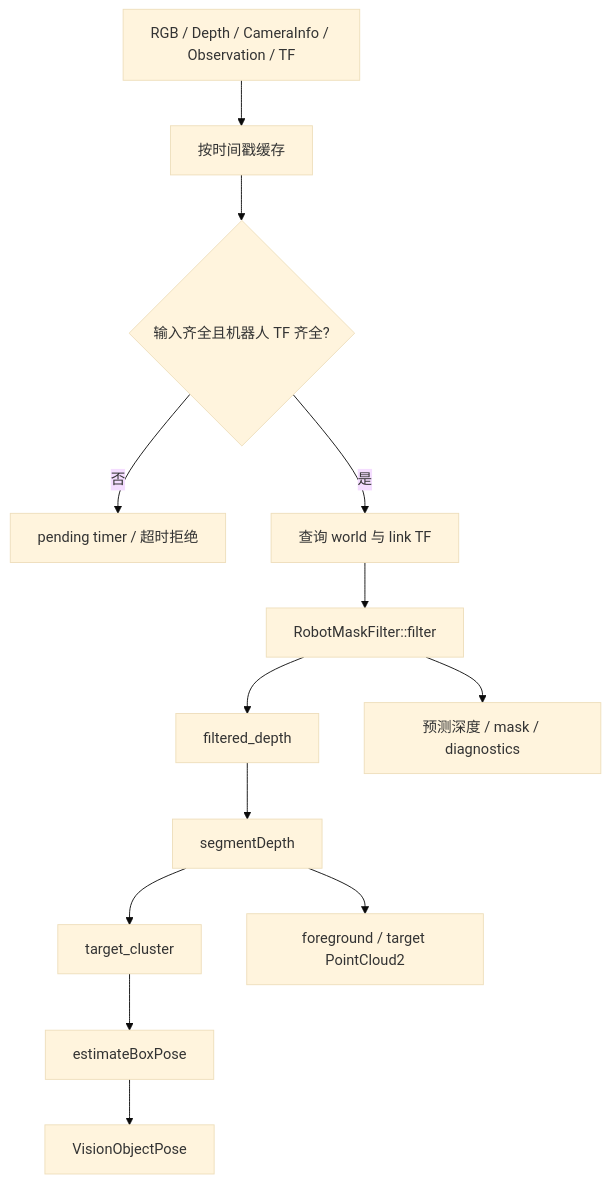
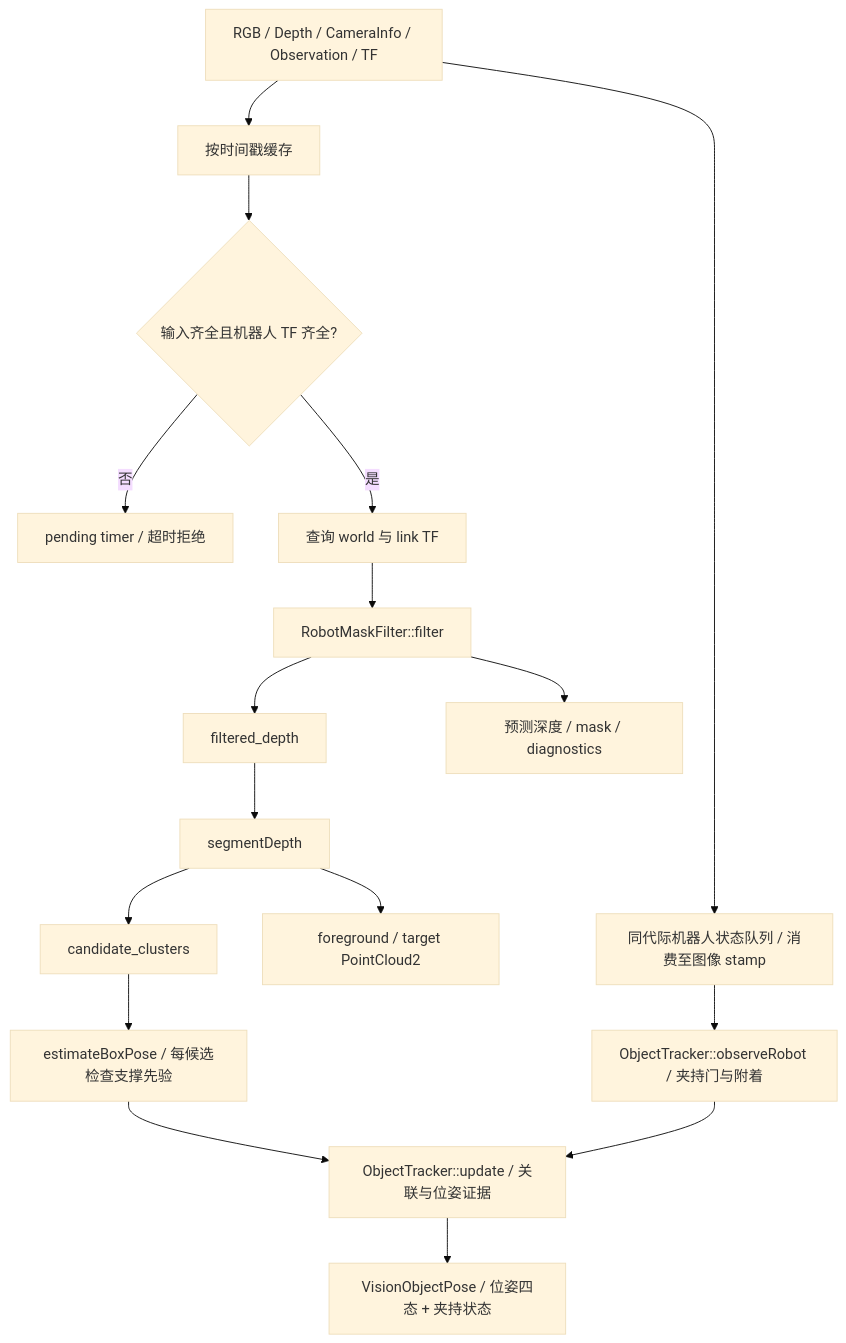
The second of 3 diagrams in Job_guides/my_study/week4.md (tsh00k/robotic_manipulation_practice), drawn with Mermaid (base theme) before and after one commit. The commit also changed other lines of this file and 15 other files, not shown here.

````diff
--- a/Job_guides/my_study/week4.md
+++ b/Job_guides/my_study/week4.md
@@ -107,15 +139,19 @@
 ```mermaid
 flowchart TD
   A[RGB / Depth / CameraInfo / Observation / TF] --> B[按时间戳缓存]
   B --> C{输入齐全且机器人 TF 齐全?}
   C -- 否 --> D[pending timer / 超时拒绝]
   C -- 是 --> E[查询 world 与 link TF]
   E --> F[RobotMaskFilter::filter]
   F --> G[filtered_depth]
   G --> H[segmentDepth]
-  H --> I[target_cluster]
-  I --> J[estimateBoxPose]
-  J --> K[VisionObjectPose]
+  H --> I[candidate_clusters]
+  I --> J[estimateBoxPose / 每候选检查支撑先验]
+  J --> O[ObjectTracker::update / 关联与位姿证据]
+  A --> R[同代际机器人状态队列 / 消费至图像 stamp]
+  R --> S[ObjectTracker::observeRobot / 夹持门与附着]
+  S --> O
+  O --> K[VisionObjectPose / 位姿四态 + 夹持状态]
   F --> L[预测深度 / mask / diagnostics]
   H --> M[foreground / target PointCloud2]
 ```
````
